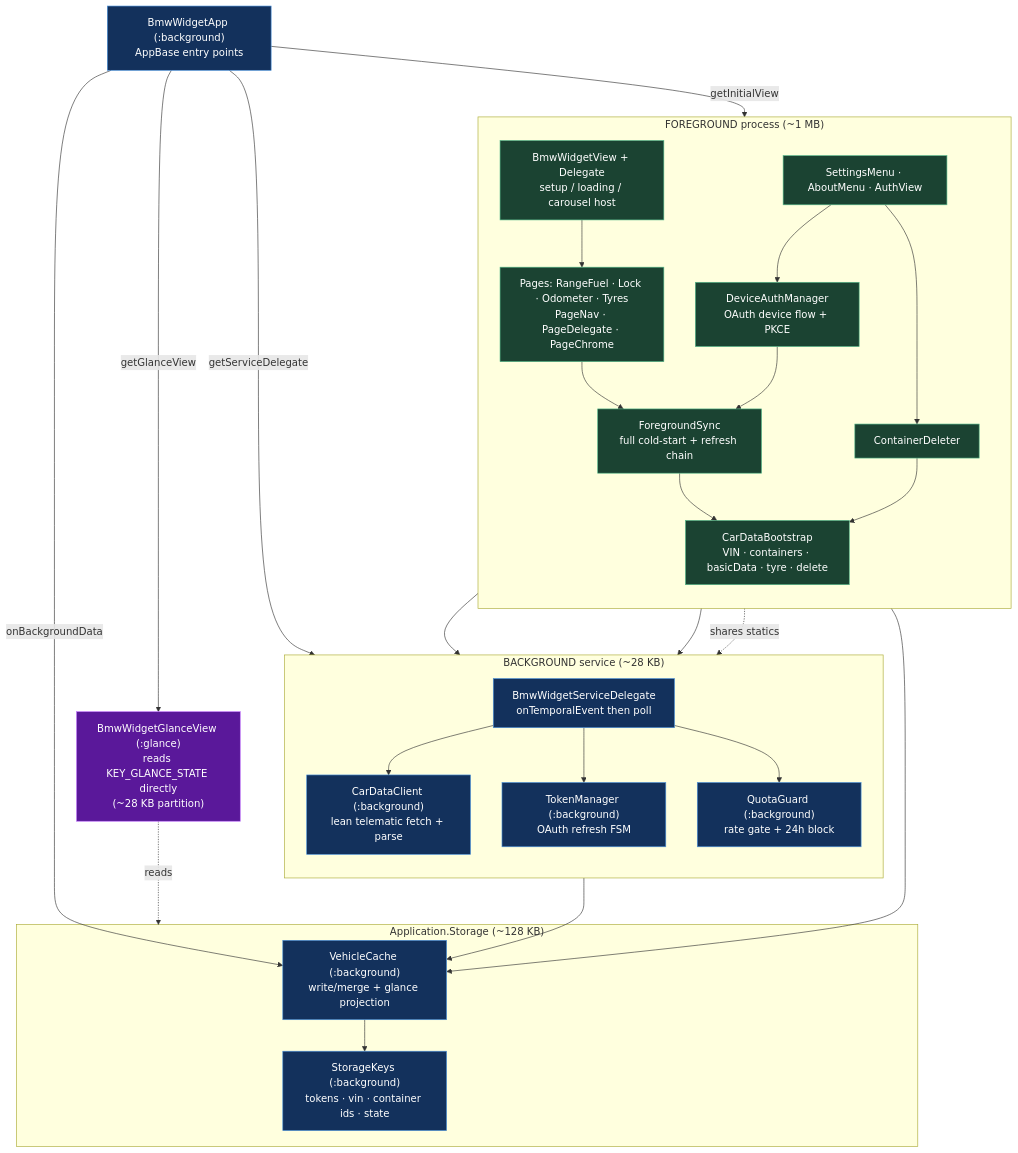
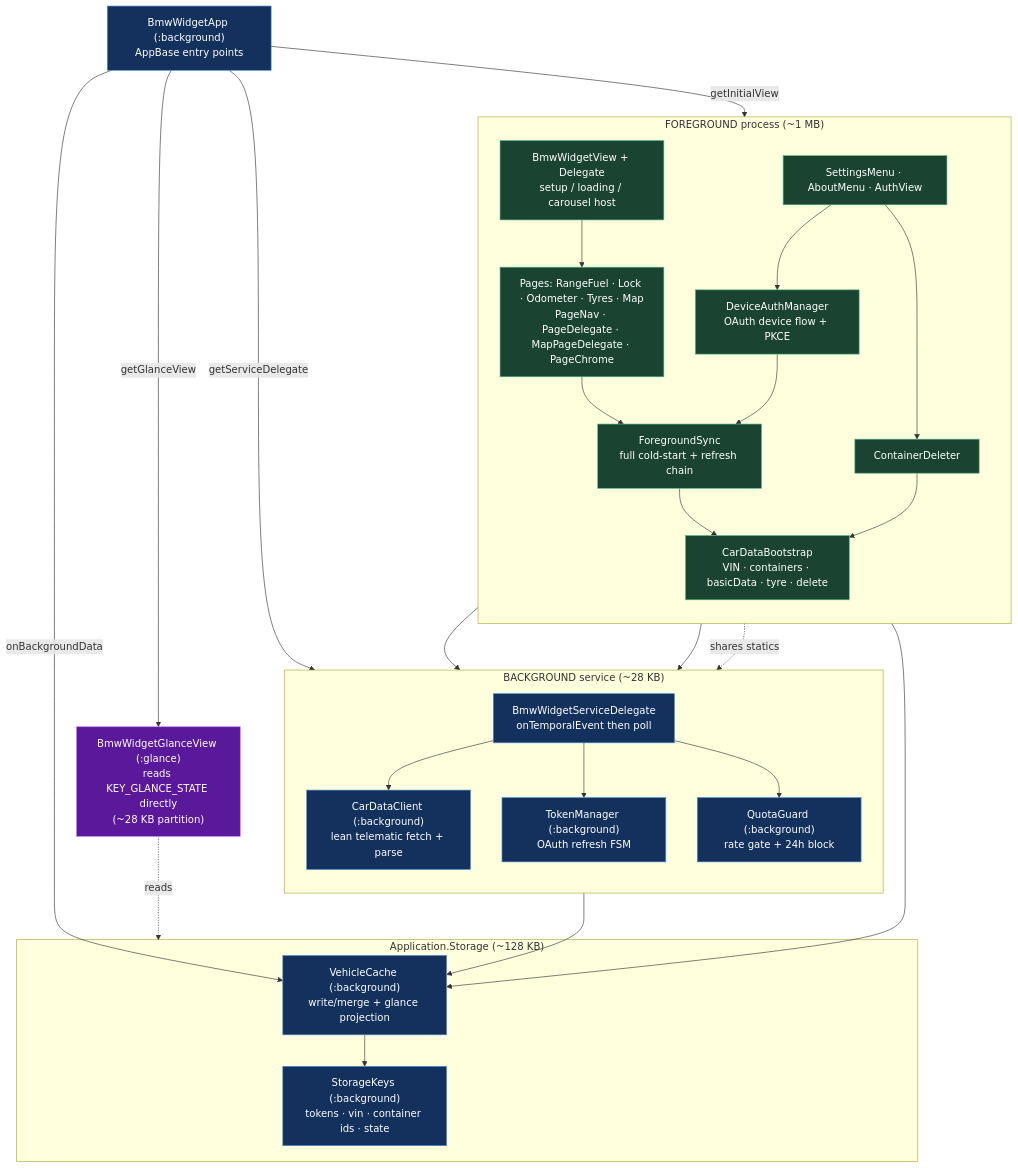
The first of 10 diagrams in docs/ARCHITECTURE.md (viper-sl/grm_bmw_widget), drawn with Mermaid before and after one commit. The commit also changed other lines of this file and 15 other files, not shown here.

````diff
--- a/docs/ARCHITECTURE.md
+++ b/docs/ARCHITECTURE.md
@@ -31,60 +31,60 @@
 ```mermaid
 graph TB
     APP["BmwWidgetApp (:background)<br/>AppBase entry points"]
 
     subgraph FG["FOREGROUND process (~1 MB)"]
         direction TB
         VIEW["BmwWidgetView + Delegate<br/>setup / loading / carousel host"]
-        PAGES["Pages: RangeFuel · Lock · Odometer · Tyres<br/>PageNav · PageDelegate · PageChrome"]
+        PAGES["Pages: RangeFuel · Lock · Odometer · Tyres · Map<br/>PageNav · PageDelegate · MapPageDelegate · PageChrome"]
         MENUS["SettingsMenu · AboutMenu · AuthView"]
         FSYNC["ForegroundSync<br/>full cold-start + refresh chain"]
         BOOT["CarDataBootstrap<br/>VIN · containers · basicData · tyre · delete"]
         AUTH["DeviceAuthManager<br/>OAuth device flow + PKCE"]
         CDEL["ContainerDeleter"]
     end
 
     subgraph BG["BACKGROUND service (~28 KB)"]
         direction TB
         SVC["BmwWidgetServiceDelegate<br/>onTemporalEvent then poll"]
         CDC["CarDataClient (:background)<br/>lean telematic fetch + parse"]
         TOK["TokenManager (:background)<br/>OAuth refresh FSM"]
         QG["QuotaGuard (:background)<br/>rate gate + 24h block"]
     end
 
     GLANCE["BmwWidgetGlanceView (:glance)<br/>reads KEY_GLANCE_STATE directly<br/>(~28 KB partition)"]
 
     subgraph STORE["Application.Storage (~128 KB)"]
         VC["VehicleCache (:background)<br/>write/merge + glance projection"]
         KEYS["StorageKeys (:background)<br/>tokens · vin · container ids · state"]
     end
 
     APP -->|"getInitialView"| VIEW
     APP -->|"getGlanceView"| GLANCE
     APP -->|"getServiceDelegate"| SVC
     APP -->|"onBackgroundData"| VC
 
     VIEW --> PAGES --> FSYNC
     MENUS --> AUTH
     MENUS --> CDEL
     AUTH --> FSYNC
     FSYNC --> BOOT
     FSYNC --> CDC
     FSYNC --> TOK
     CDEL --> BOOT
     BOOT -.->|"shares statics"| CDC
 
     SVC --> CDC
     SVC --> TOK
     SVC --> QG
     CDC --> VC
     FSYNC --> VC
     GLANCE -.->|"reads"| STORE
     VC --> KEYS
 
     classDef bg fill:#13315c,stroke:#4a90d9,color:#fff;
     classDef fg fill:#1b4332,stroke:#52b788,color:#fff;
     classDef gl fill:#5a189a,stroke:#c77dff,color:#fff;
     class SVC,CDC,TOK,QG,VC,KEYS,APP bg;
     class VIEW,PAGES,MENUS,FSYNC,BOOT,AUTH,CDEL fg;
     class GLANCE gl;
 ```
````
